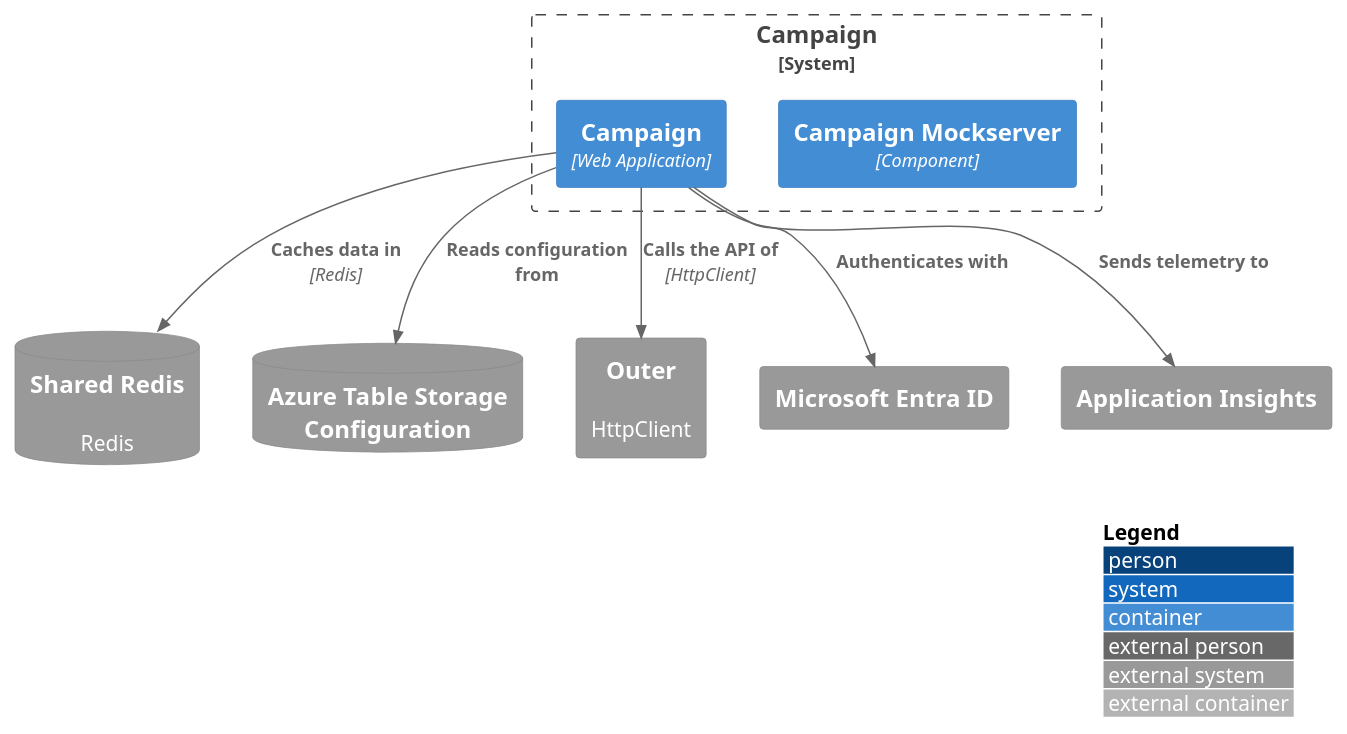
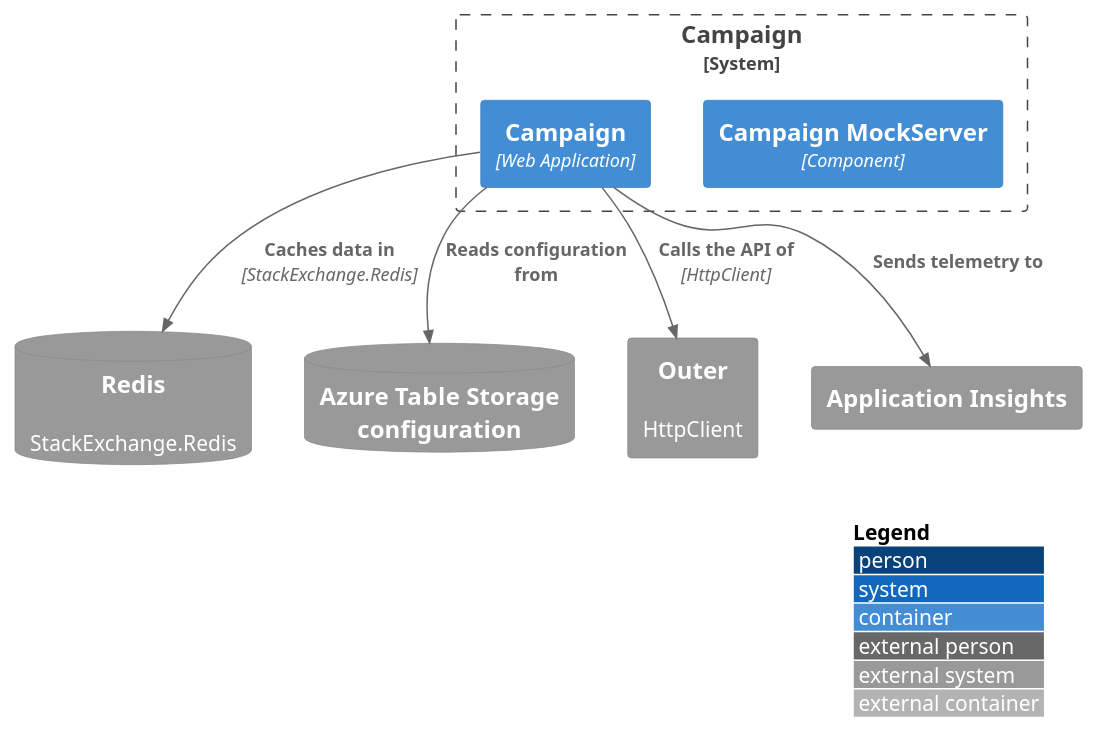
One commit to talentconsulting/atlas-dfe changed the diagram in das-campaign/service-dependencies/service-dependencies.puml. Above: the diagram before and after it, drawn with PlantUML. The commit also changed 20 other files, not shown here.

```diff
--- a/das-campaign/service-dependencies/service-dependencies.puml
+++ b/das-campaign/service-dependencies/service-dependencies.puml
@@ -1,22 +1,20 @@
 @startuml
 !include https://raw.githubusercontent.com/plantuml-stdlib/C4-PlantUML/master/C4_Container.puml
 LAYOUT_WITH_LEGEND()
 
 System_Boundary(sys_SkillsFundingAgency_das_campaign, "Campaign") {
-  Container(c_campaign_mockserver, "Campaign Mockserver", "Component")
+  Container(c_campaign_mockserver, "Campaign MockServer", "Component")
   Container(c_campaign_web, "Campaign", "Web Application")
 }
 
-SystemDb_Ext(d_cache_shared_redis, "Shared Redis", "Redis")
-SystemDb_Ext(d_configuration_store_azure_table_storage_configuration, "Azure Table Storage Configuration")
+SystemDb_Ext(d_cache_redis, "Redis", "StackExchange.Redis")
+SystemDb_Ext(d_configuration_store_azure_table_storage_configuration, "Azure Table Storage configuration")
 System_Ext(d_http_api_outer, "Outer", "HttpClient")
-System_Ext(d_identity_provider_microsoft_entra_id, "Microsoft Entra ID")
 System_Ext(d_telemetry_application_insights, "Application Insights")
 
-Rel(c_campaign_web, d_cache_shared_redis, "Caches data in", "Redis")
+Rel(c_campaign_web, d_cache_redis, "Caches data in", "StackExchange.Redis")
 Rel(c_campaign_web, d_configuration_store_azure_table_storage_configuration, "Reads configuration from")
 Rel(c_campaign_web, d_http_api_outer, "Calls the API of", "HttpClient")
-Rel(c_campaign_web, d_identity_provider_microsoft_entra_id, "Authenticates with")
 Rel(c_campaign_web, d_telemetry_application_insights, "Sends telemetry to")
 
 @enduml
```
